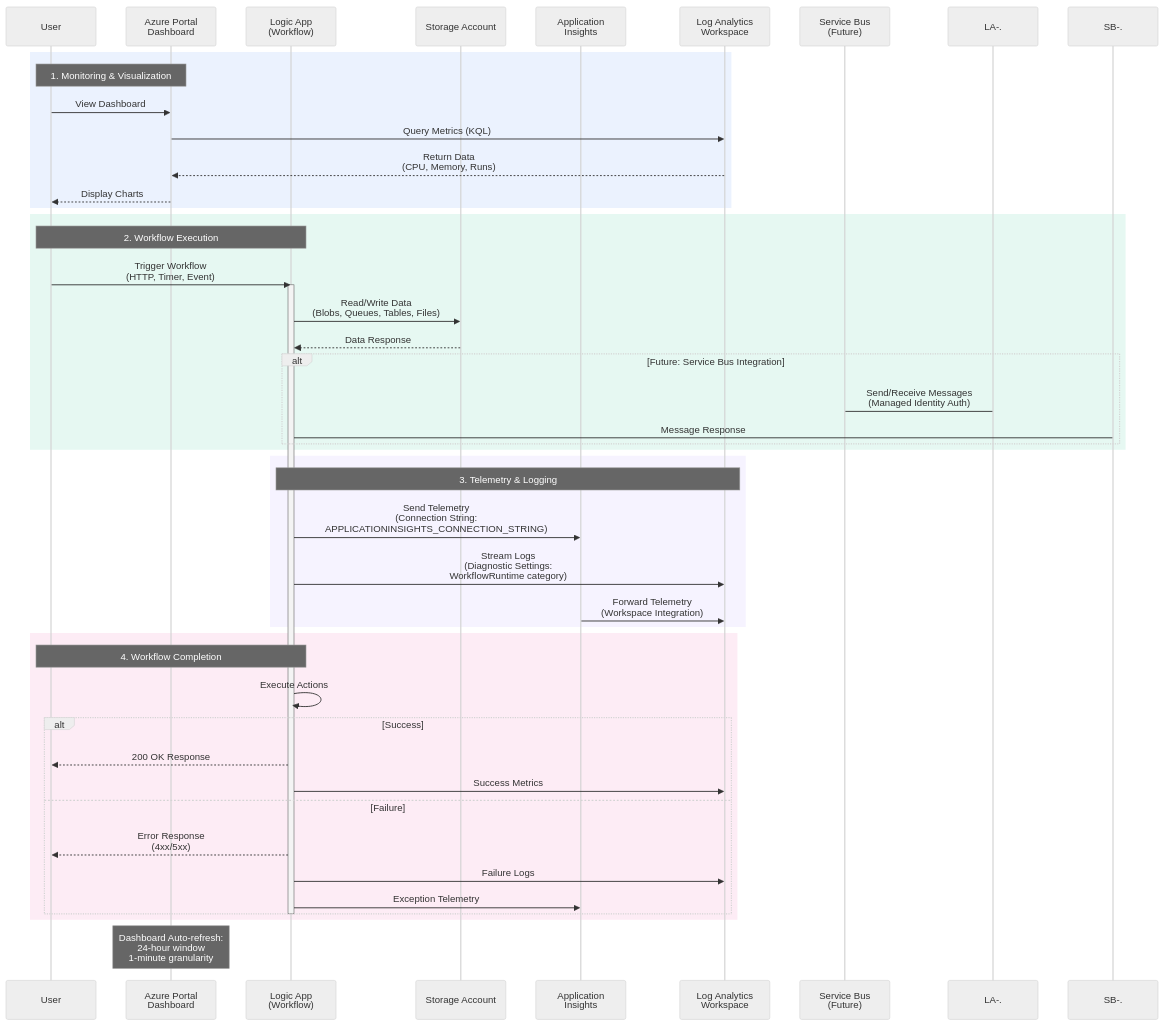
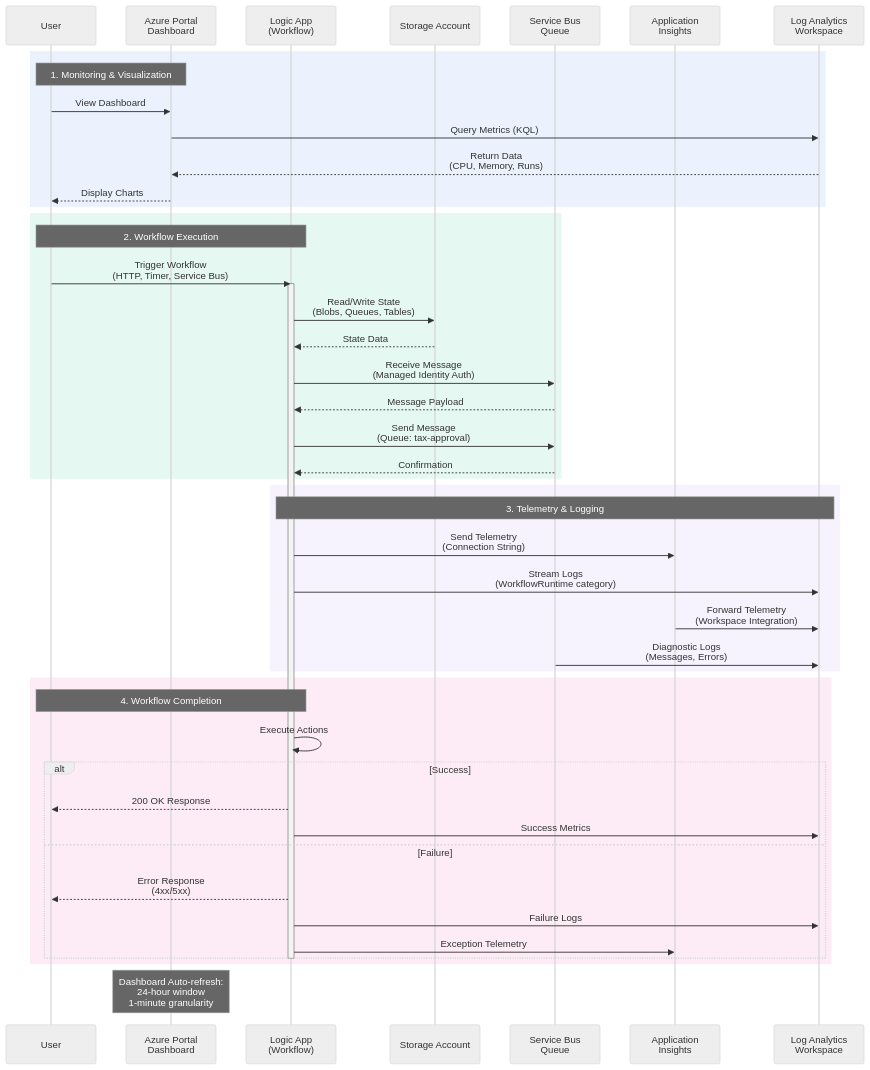
One commit to Evilazaro/Azure-LogicApps-Monitoring changed the second of 2 diagrams in README.md. Above: the diagram before and after it, drawn with Mermaid (neutral theme). The commit also changed other lines of this file, not shown here.

Commit message:
Enhance README with detailed environment structure and Service Bus integration updates

````diff
--- a/README.md
+++ b/README.md
@@ -133,58 +154,61 @@
 ```mermaid
 sequenceDiagram
     participant User
     participant Portal as Azure Portal<br/>Dashboard
     participant LA as Logic App<br/>(Workflow)
     participant SA as Storage Account
+    participant SB as Service Bus<br/>Queue
     participant AI as Application<br/>Insights
     participant LAW as Log Analytics<br/>Workspace
-    participant SB as Service Bus<br/>(Future)
     
     rect rgba(59, 130, 246, 0.1)
         Note over User,Portal: 1. Monitoring & Visualization
         User->>Portal: View Dashboard
         Portal->>LAW: Query Metrics (KQL)
         LAW-->>Portal: Return Data<br/>(CPU, Memory, Runs)
         Portal-->>User: Display Charts
     end
     
     rect rgba(16, 185, 129, 0.1)
         Note over User,LA: 2. Workflow Execution
-        User->>LA: Trigger Workflow<br/>(HTTP, Timer, Event)
+        User->>LA: Trigger Workflow<br/>(HTTP, Timer, Service Bus)
         activate LA
         
-        LA->>SA: Read/Write Data<br/>(Blobs, Queues, Tables, Files)
-        SA-->>LA: Data Response
+        LA->>SA: Read/Write State<br/>(Blobs, Queues, Tables)
+        SA-->>LA: State Data
         
-        alt Future: Service Bus Integration
-            LA-.->SB: Send/Receive Messages<br/>(Managed Identity Auth)
-            SB-.->LA: Message Response
-        end
+        LA->>SB: Receive Message<br/>(Managed Identity Auth)
+        SB-->>LA: Message Payload
+        
+        LA->>SB: Send Message<br/>(Queue: tax-approval)
+        SB-->>LA: Confirmation
     end
     
     rect rgba(167, 139, 250, 0.1)
         Note over LA,LAW: 3. Telemetry & Logging
-        LA->>AI: Send Telemetry<br/>(Connection String:<br/>APPLICATIONINSIGHTS_CONNECTION_STRING)
-        LA->>LAW: Stream Logs<br/>(Diagnostic Settings:<br/>WorkflowRuntime category)
+        LA->>AI: Send Telemetry<br/>(Connection String)
+        LA->>LAW: Stream Logs<br/>(WorkflowRuntime category)
         
         AI->>LAW: Forward Telemetry<br/>(Workspace Integration)
+        
+        SB->>LAW: Diagnostic Logs<br/>(Messages, Errors)
     end
     
     rect rgba(236, 72, 153, 0.1)
         Note over LA,User: 4. Workflow Completion
         LA->>LA: Execute Actions
         
         alt Success
             LA-->>User: 200 OK Response
             LA->>LAW: Success Metrics
         else Failure
             LA-->>User: Error Response<br/>(4xx/5xx)
             LA->>LAW: Failure Logs
             LA->>AI: Exception Telemetry
         end
         
         deactivate LA
     end
     
     Note over Portal: Dashboard Auto-refresh:<br/>24-hour window<br/>1-minute granularity
 ```
````
